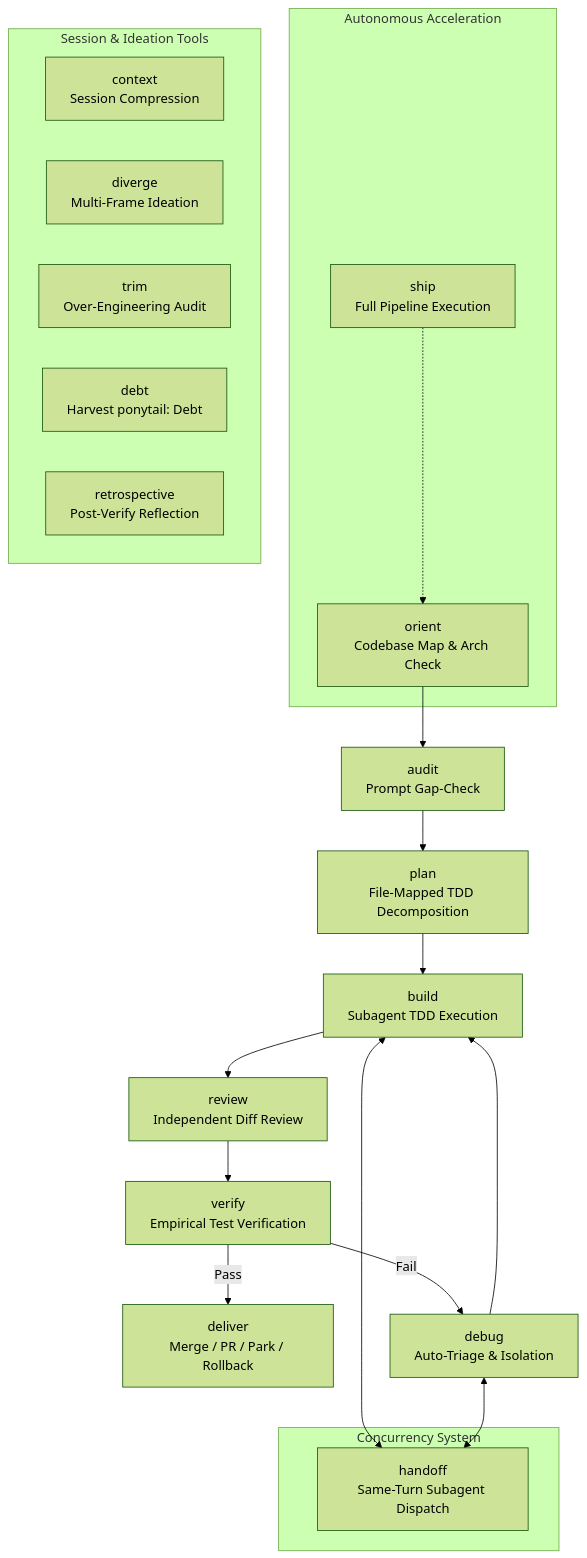
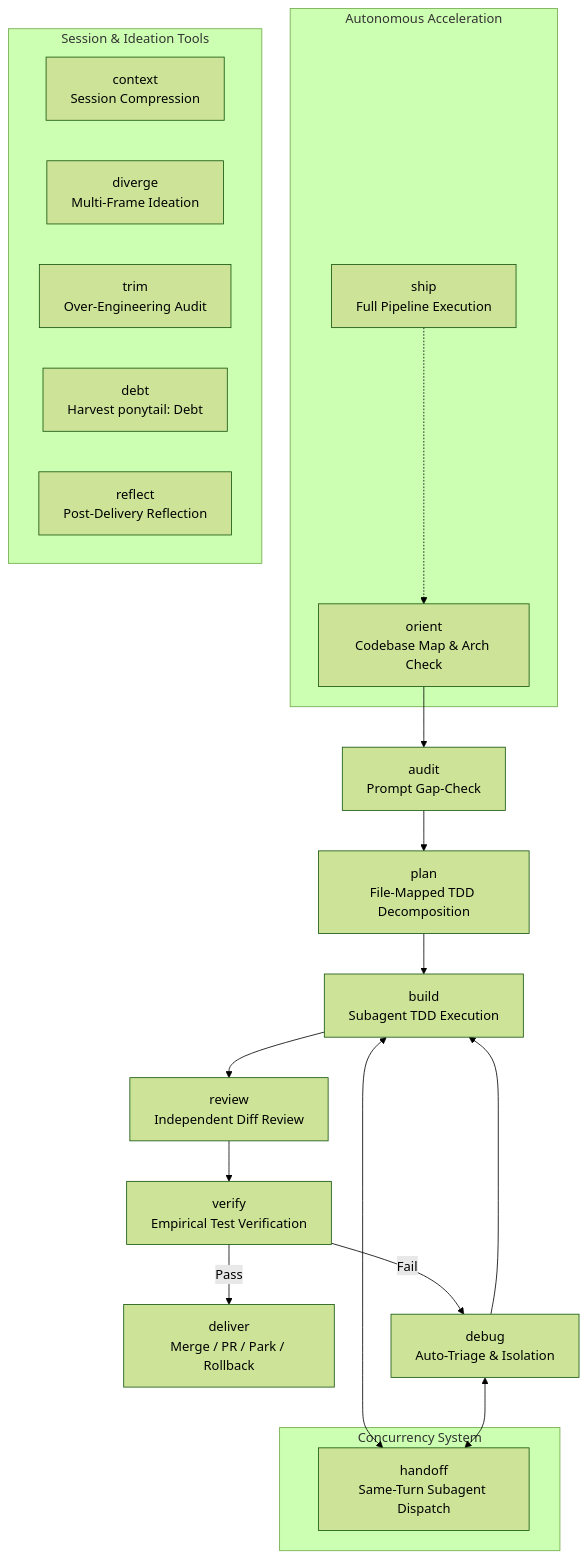
The diagram in README.md (numairfm/ambrosia), drawn with Mermaid (forest theme) before and after one commit. The commit also changed other lines of this file and 6 other files, not shown here.

Commit message:
refactor: rename retrospective skill to reflect with event-driven 3-pillar output (v0.2.1)

````diff
--- a/README.md
+++ b/README.md
@@ -72,29 +72,29 @@
 ```mermaid
 flowchart TD
     A["orient<br>Codebase Map & Arch Check"] --> B["audit<br>Prompt Gap-Check"]
     B --> C["plan<br>File-Mapped TDD Decomposition"]
     C --> D["build<br>Subagent TDD Execution"]
     D --> R["review<br>Independent Diff Review"]
     R --> E["verify<br>Empirical Test Verification"]
     E -->|Pass| F["deliver<br>Merge / PR / Park / Rollback"]
     E -->|Fail| G["debug<br>Auto-Triage & Isolation"]
     G --> D
 
     subgraph Autonomous Acceleration
         H["ship<br>Full Pipeline Execution"] -.-> A
     end
 
     subgraph Session & Ideation Tools
         I["context<br>Session Compression"]
         J["diverge<br>Multi-Frame Ideation"]
         K["trim<br>Over-Engineering Audit"]
         L["debt<br>Harvest ponytail: Debt"]
-        N["retrospective<br>Post-Verify Reflection"]
+        N["reflect<br>Post-Delivery Reflection"]
     end
 
     subgraph Concurrency System
         M["handoff<br>Same-Turn Subagent Dispatch"]
     end
     D <--> M
     G <--> M
 ```
````
